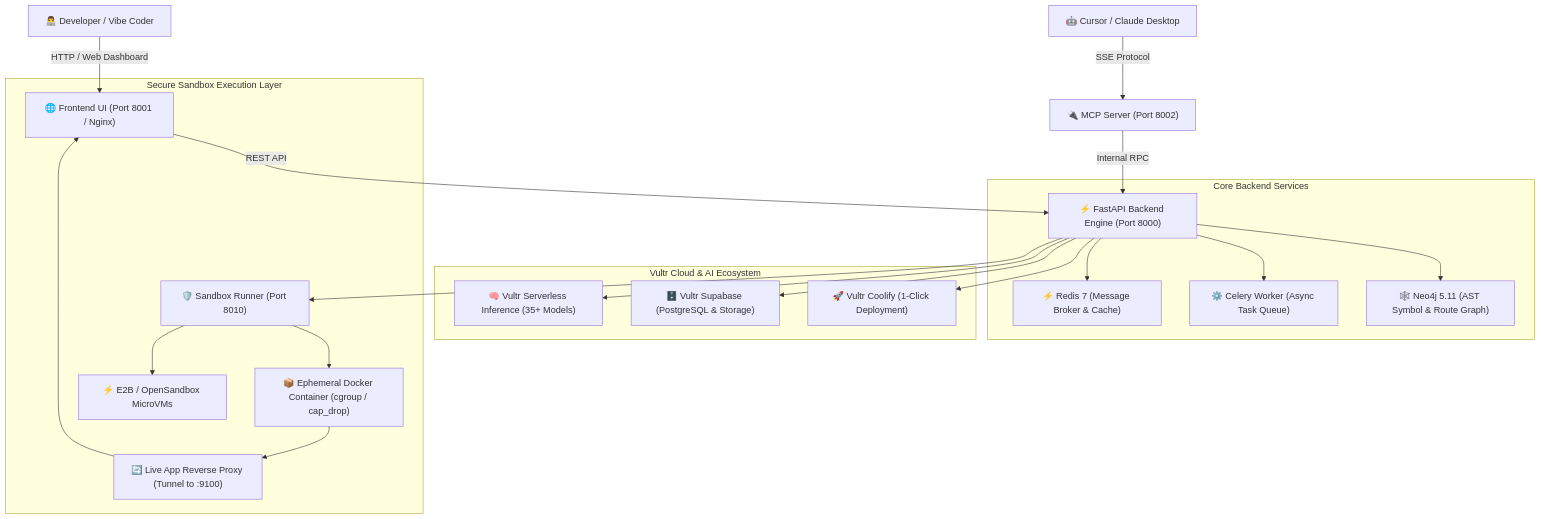
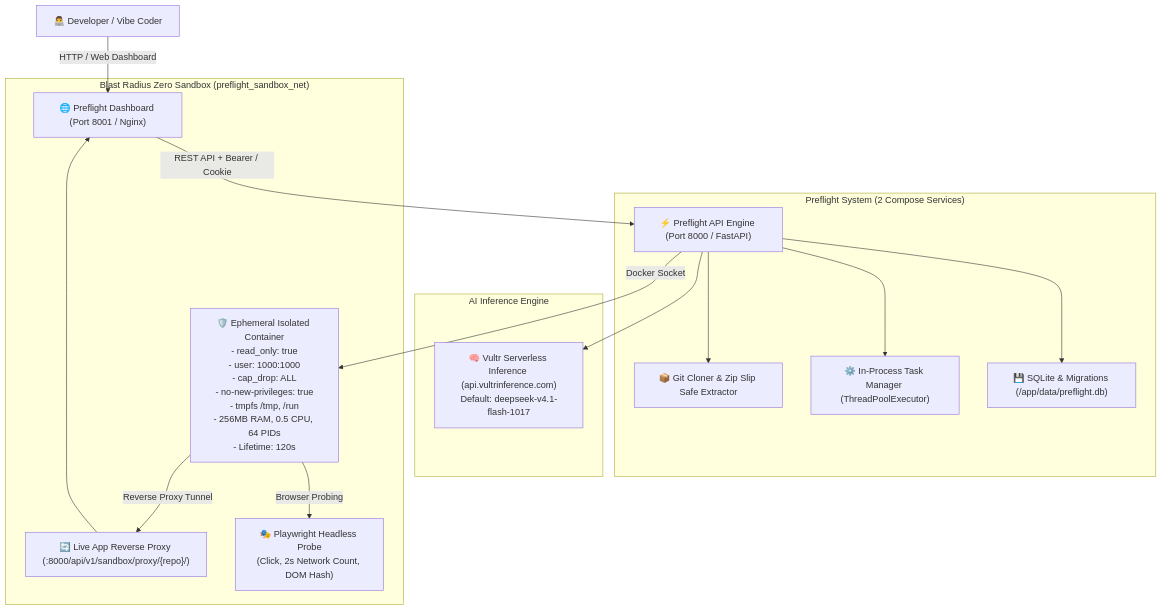
Before and after one commit to moayedinia/Preflight: the diagram in README.md, drawn with Mermaid. The commit also changed other lines of this file, not shown here.

Commit message:
docs: comprehensive update to README.md reflecting 2-service architecture, containment, and zip export

````diff
--- a/README.md
+++ b/README.md
@@ -19,28 +21,22 @@
 ```mermaid
 flowchart TD
-    User["👨‍💻 Developer / Vibe Coder"] -->|HTTP / Web Dashboard| WebUI["🌐 Frontend UI (Port 8001 / Nginx)"]
-    Cursor["🤖 Cursor / Claude Desktop"] -->|SSE Protocol| MCP["🔌 MCP Server (Port 8002)"]
+    User["👨‍💻 Developer / Vibe Coder"] -->|HTTP / Web Dashboard| WebUI["🌐 Preflight Dashboard (Port 8001 / Nginx)"]
+    WebUI -->|REST API + Bearer / Cookie| API["⚡ Preflight API Engine (Port 8000 / FastAPI)"]
 
-    WebUI -->|REST API| API["⚡ FastAPI Backend Engine (Port 8000)"]
-    MCP -->|Internal RPC| API
-
-    subgraph "Core Backend Services"
-        API --> Redis["⚡ Redis 7 (Message Broker & Cache)"]
-        API --> Celery["⚙️ Celery Worker (Async Task Queue)"]
-        API --> Neo4j["🕸️ Neo4j 5.11 (AST Symbol & Route Graph)"]
+    subgraph "Preflight System (2 Compose Services)"
+        API --> SQLite["💾 SQLite & Migrations (/app/data/preflight.db)"]
+        API --> TaskMgr["⚙️ In-Process Task Manager (ThreadPoolExecutor)"]
+        API --> Cloner["📦 Git Cloner & Zip Slip Safe Extractor"]
     end
 
-    subgraph "Vultr Cloud & AI Ecosystem"
-        API --> VultrInference["🧠 Vultr Serverless Inference (35+ Models)"]
-        API --> VultrSupabase["🗄️ Vultr Supabase (PostgreSQL & Storage)"]
-        API --> VultrCoolify["🚀 Vultr Coolify (1-Click Deployment)"]
+    subgraph "AI Inference Engine"
+        API --> VultrInference["🧠 Vultr Serverless Inference (api.vultrinference.com)\nDefault: deepseek-v4.1-flash-1017"]
     end
 
-    subgraph "Secure Sandbox Execution Layer"
-        API --> SandboxRunner["🛡️ Sandbox Runner (Port 8010)"]
-        SandboxRunner --> DockerSandbox["📦 Ephemeral Docker Container (cgroup / cap_drop)"]
-        SandboxRunner --> MicroVM["⚡ E2B / OpenSandbox MicroVMs"]
-        DockerSandbox --> ReverseProxy["🔄 Live App Reverse Proxy (Tunnel to :9100)"]
-        ReverseProxy --> WebUI
+    subgraph "Blast Radius Zero Sandbox (preflight_sandbox_net)"
+        API -->|Docker Socket| SandboxContainer["🛡️ Ephemeral Isolated Container\n- read_only: true\n- user: 1000:1000\n- cap_drop: ALL\n- no-new-privileges: true\n- tmpfs /tmp, /run\n- 256MB RAM, 0.5 CPU, 64 PIDs\n- Lifetime: 120s"]
+        SandboxContainer -->|Browser Probing| Playwright["🎭 Playwright Headless Probe\n(Click, 2s Network Count, DOM Hash)"]
+        SandboxContainer -->|Reverse Proxy Tunnel| LiveProxy["🔄 Live App Reverse Proxy (:8000/api/v1/sandbox/proxy/{repo}/)"]
+        LiveProxy --> WebUI
     end
 ```
````
